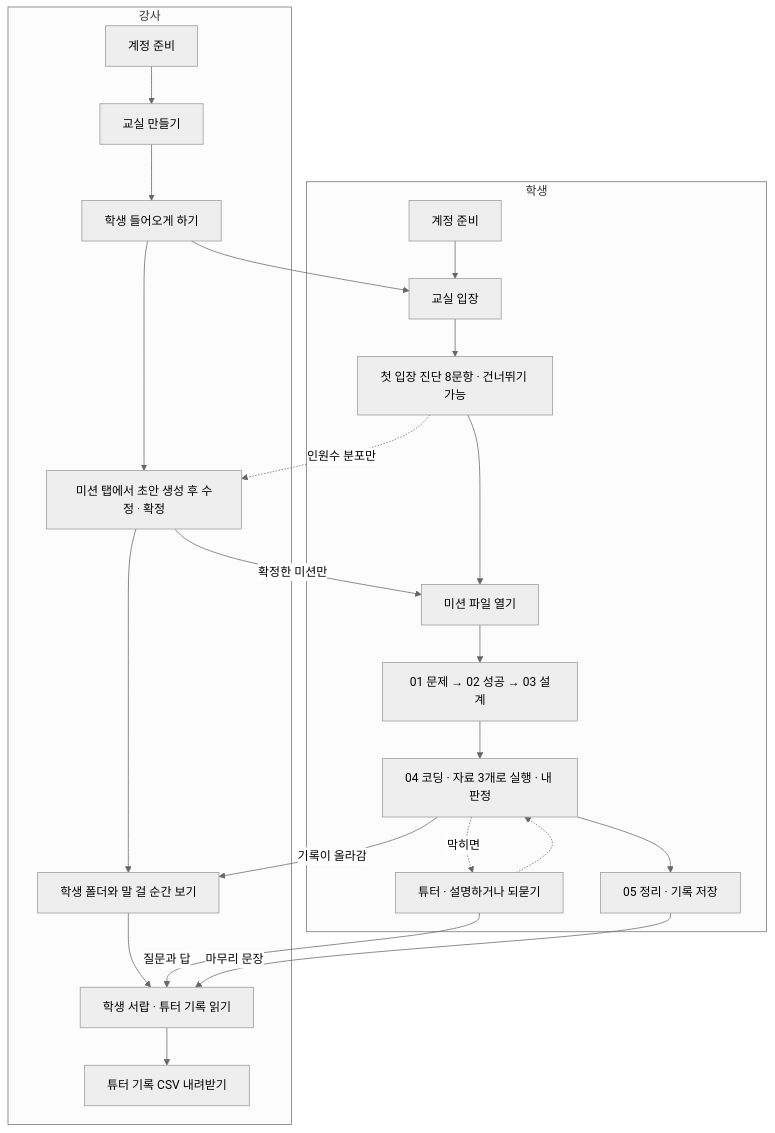
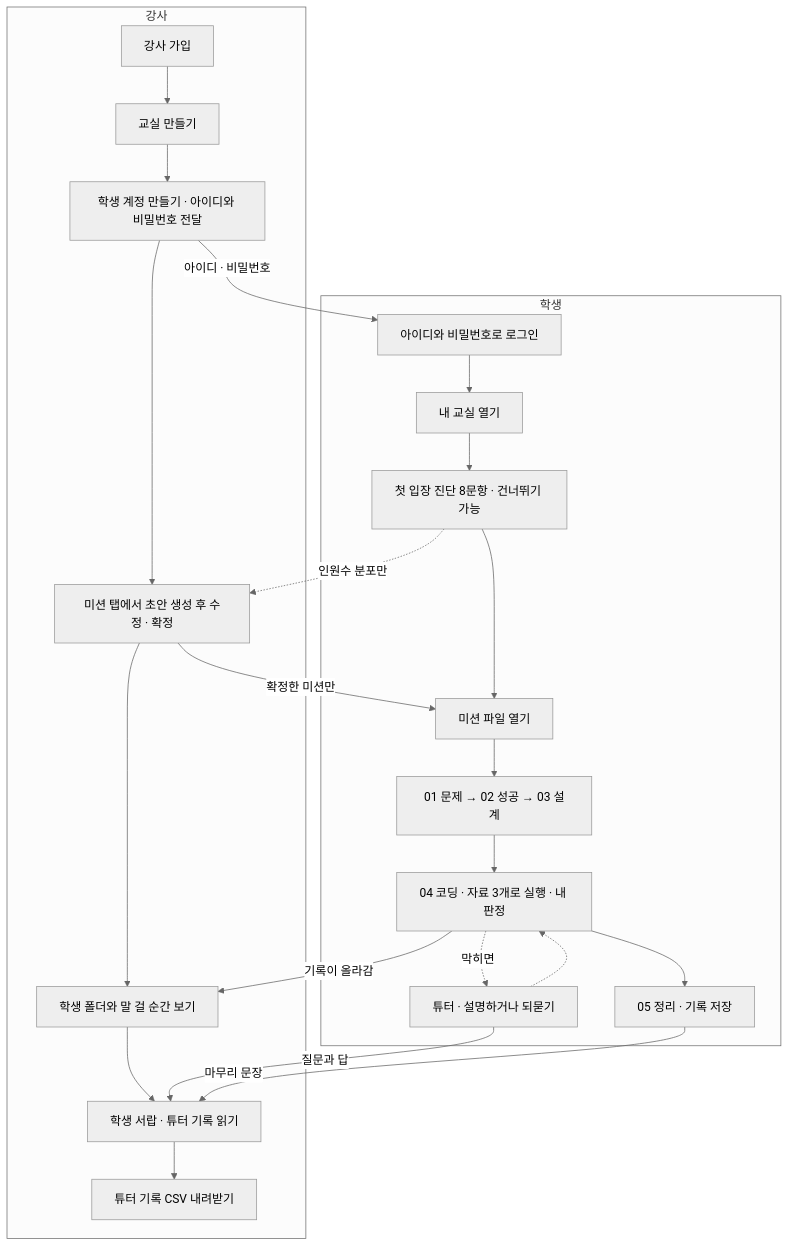
One commit to tomchaccom/Cut-Check changed the diagram in docs/수업-흐름.md. Above: the diagram before and after it, drawn with Mermaid (neutral theme). The commit also changed other lines of this file and 13 other files, not shown here.

````diff
--- a/docs/수업-흐름.md
+++ b/docs/수업-흐름.md
@@ -187,27 +195,27 @@
 ```mermaid
 flowchart TD
   subgraph T[강사]
-    T1[계정 준비] --> T2[교실 만들기]
-    T2 --> T3[학생 들어오게 하기]
+    T1[강사 가입] --> T2[교실 만들기]
+    T2 --> T3[학생 계정 만들기 · 아이디와 비밀번호 전달]
     T3 --> T4[미션 탭에서 초안 생성 후 수정 · 확정]
     T4 --> T5[학생 폴더와 말 걸 순간 보기]
     T5 --> T6[학생 서랍 · 튜터 기록 읽기]
     T6 --> T7[튜터 기록 CSV 내려받기]
   end
   subgraph S[학생]
-    S1[계정 준비] --> S2[교실 입장]
+    S1[아이디와 비밀번호로 로그인] --> S2[내 교실 열기]
     S2 --> S3[첫 입장 진단 8문항 · 건너뛰기 가능]
     S3 --> S4[미션 파일 열기]
     S4 --> S5[01 문제 → 02 성공 → 03 설계]
     S5 --> S6[04 코딩 · 자료 3개로 실행 · 내 판정]
     S6 --> S7[05 정리 · 기록 저장]
     S6 -. 막히면 .-> TU[튜터 · 설명하거나 되묻기]
     TU -.-> S6
   end
-  T3 --> S2
+  T3 -- 아이디 · 비밀번호 --> S1
   T4 -- 확정한 미션만 --> S4
   S3 -. 인원수 분포만 .-> T4
   S6 -- 기록이 올라감 --> T5
   TU -- 질문과 답 --> T6
   S7 -- 마무리 문장 --> T6
 ```
````
